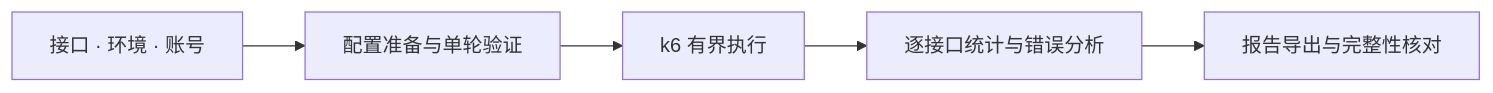
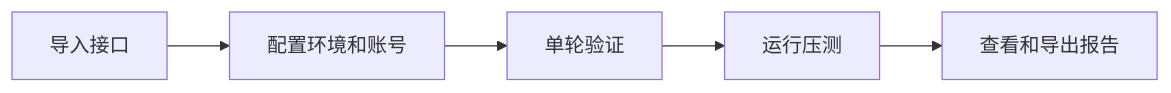
One commit to chasen2041maker/Pressure_Platform changed the diagram in README.md. Above: the diagram before and after it, drawn with Mermaid. The commit also changed other lines of this file and 2 other files, not shown here.

````diff
--- a/README.md
+++ b/README.md
@@ -75,7 +77,7 @@
 ```mermaid
 flowchart LR
-    A["接口 · 环境 · 账号"] --> B["配置准备与单轮验证"]
-    B --> C["k6 有界执行"]
-    C --> D["逐接口统计与错误分析"]
-    D --> E["报告导出与完整性核对"]
+    A["导入接口"] --> B["配置环境和账号"]
+    B --> C["单轮验证"]
+    C --> D["运行压测"]
+    D --> E["查看和导出报告"]
 ```
````
